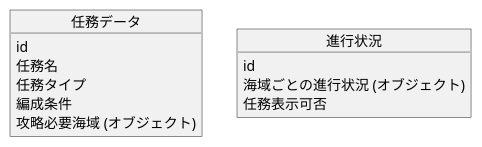
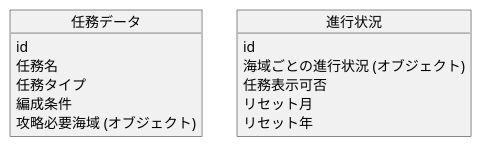
The diagram in Document/Domain.puml (paranoiaoops/KankoreMissionCheckList), drawn with PlantUML before and after one commit. The commit also changed 2 other files, not shown here.

```diff
--- a/Document/Domain.puml
+++ b/Document/Domain.puml
@@ -1,18 +1,20 @@
 @startuml
 
 object 任務データ {
     id
     任務名
     任務タイプ
     編成条件
     攻略必要海域 (オブジェクト)
 }
 
 object 進行状況 {
     id
     海域ごとの進行状況 (オブジェクト)
     任務表示可否
+    リセット月
+    リセット年
 }
 
 
 @enduml
```
